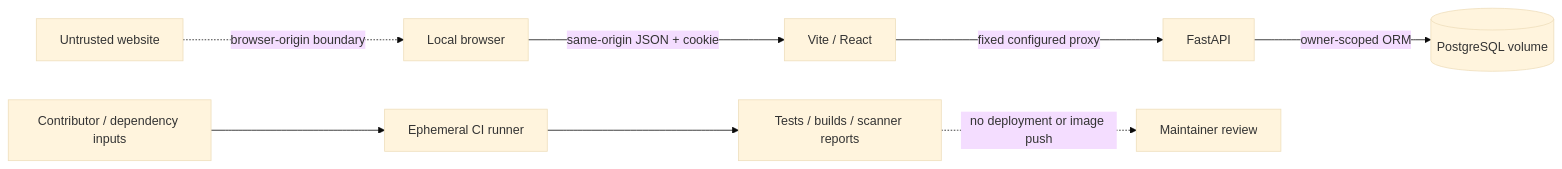
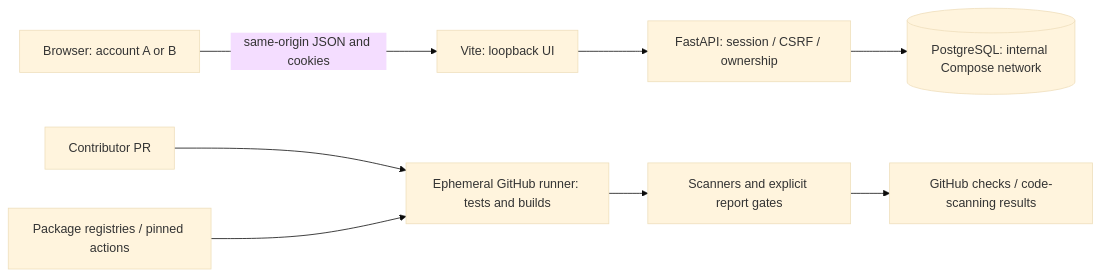
Before and after one commit to ehoguts/ForgeBoard: the diagram in docs/THREAT_MODEL.md, drawn with Mermaid (base theme). The commit also changed other lines of this file and 13 other files, not shown here.

````diff
--- a/docs/THREAT_MODEL.md
+++ b/docs/THREAT_MODEL.md
@@ -18,10 +17,10 @@
 ```mermaid
 flowchart LR
-    Web[Untrusted website] -. browser-origin boundary .-> Browser
-    Browser[Local browser] -->|same-origin JSON + cookie| Vite[Vite / React]
-    Vite -->|fixed configured proxy| API[FastAPI]
-    API -->|owner-scoped ORM| DB[(PostgreSQL volume)]
-    PR[Contributor / dependency inputs] --> Runner[Ephemeral CI runner]
-    Runner --> Checks[Tests / builds / scanner reports]
-    Checks -. no deployment or image push .-> Review[Maintainer review]
+    A[Browser: account A or B] -->|same-origin JSON and cookies| V[Vite: loopback UI]
+    V --> API[FastAPI: session / CSRF / ownership]
+    API --> D[(PostgreSQL: internal Compose network)]
+    P[Contributor PR] --> C[Ephemeral GitHub runner: tests and builds]
+    R[Package registries / pinned actions] --> C
+    C --> S[Scanners and explicit report gates]
+    S --> G[GitHub checks / code-scanning results]
 ```
````
